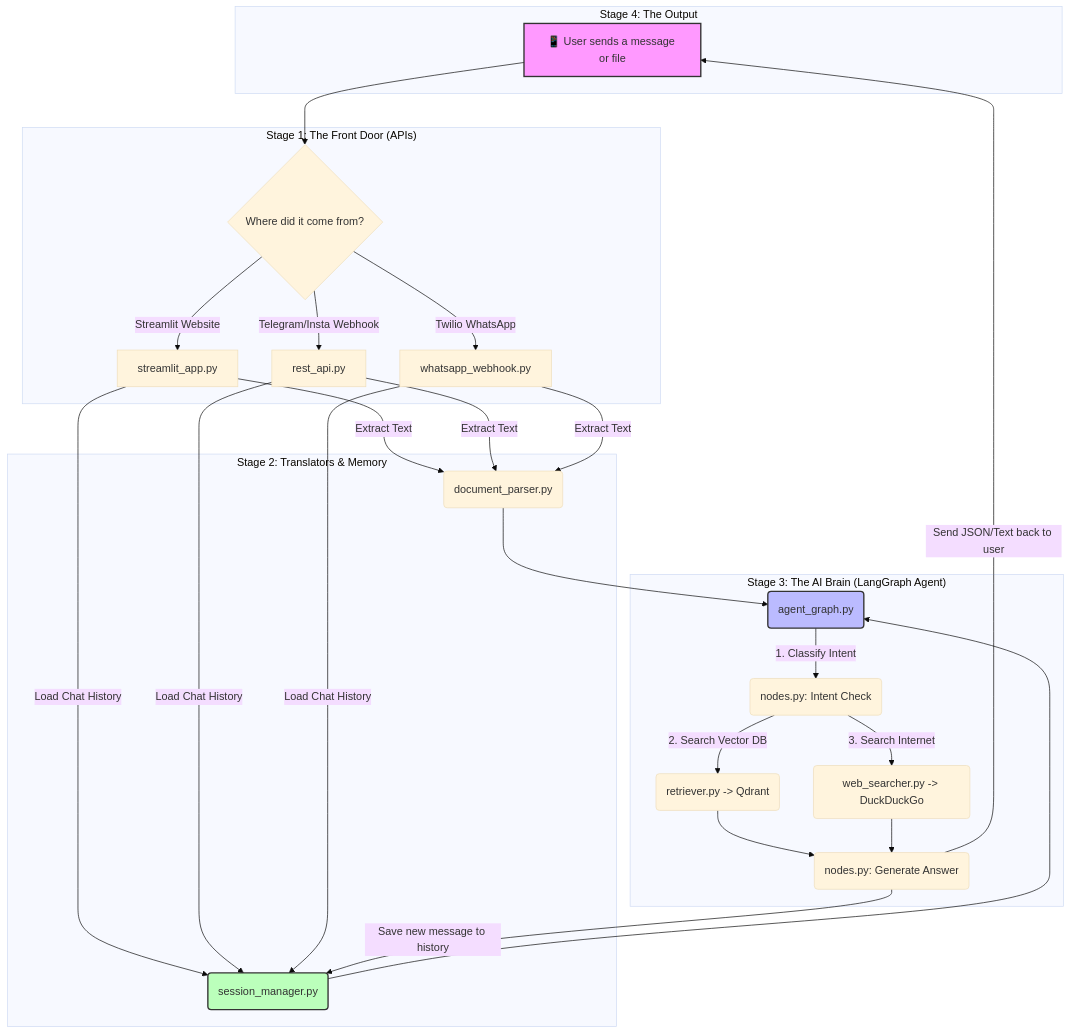
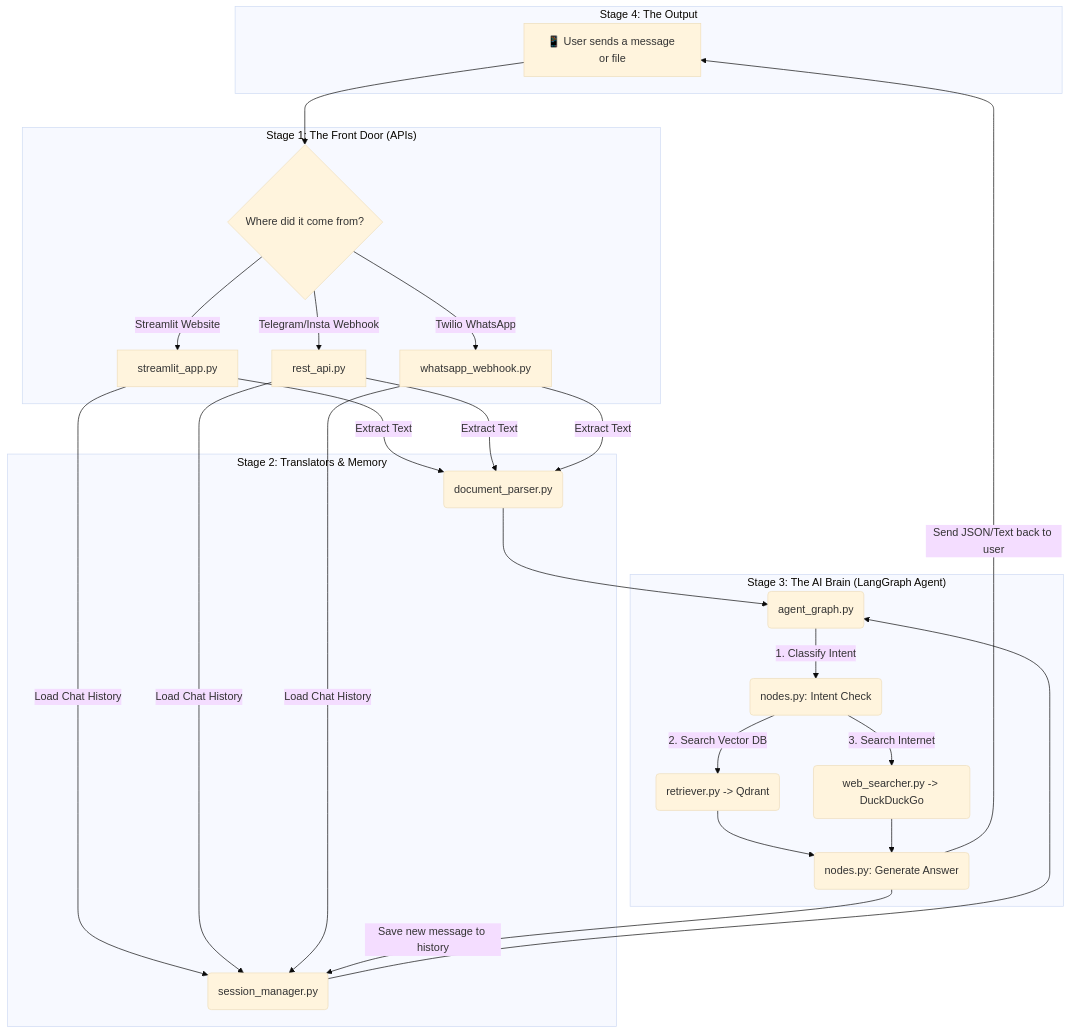
The diagram in README.md (hatimsidhpurwala/Web-RAG), drawn with Mermaid (base theme) before and after one commit.

Commit message:
Docs: Fixed Mermaid diagram visibility for GitHub Dark Mode

````diff
--- a/README.md
+++ b/README.md
@@ -24,47 +24,43 @@
 ```mermaid
 graph TD
     %% Users / Platforms
     User[📱 User sends a message or file] --> FrontDoor
 
     %% Stage 1: Front Door
     subgraph "Stage 1: The Front Door (APIs)"
         FrontDoor{Where did it come from?}
         FrontDoor -->|Streamlit Website| UI[streamlit_app.py]
         FrontDoor -->|Telegram/Insta Webhook| API[rest_api.py]
         FrontDoor -->|Twilio WhatsApp| WA[whatsapp_webhook.py]
     end
 
     %% Stage 2: Processing
     subgraph "Stage 2: Translators & Memory"
         UI --> |Extract Text| Parser(document_parser.py)
         API --> |Extract Text| Parser
         WA --> |Extract Text| Parser
         
         UI --> |Load Chat History| Mem(session_manager.py)
         API --> |Load Chat History| Mem
         WA --> |Load Chat History| Mem
     end
 
     %% Stage 3: The Brain (LangGraph)
     subgraph "Stage 3: The AI Brain (LangGraph Agent)"
         Parser --> Brain(agent_graph.py)
         Mem --> Brain
         
         Brain -->|1. Classify Intent| Nodes1(nodes.py: Intent Check)
         Nodes1 -->|2. Search Vector DB| Retriever(retriever.py -> Qdrant)
         Nodes1 -->|3. Search Internet| Web(web_searcher.py -> DuckDuckGo)
         
         Retriever --> Synthesizer(nodes.py: Generate Answer)
         Web --> Synthesizer
     end
 
     %% Stage 4: Output
     subgraph "Stage 4: The Output"
         Synthesizer --> |Save new message to history| Mem
         Synthesizer --> |Send JSON/Text back to user| User
     end
-
-    style User fill:#f9f,stroke:#333,stroke-width:2px
-    style Brain fill:#bbf,stroke:#333,stroke-width:2px
-    style Mem fill:#bfb,stroke:#333,stroke-width:2px
 ```
````
